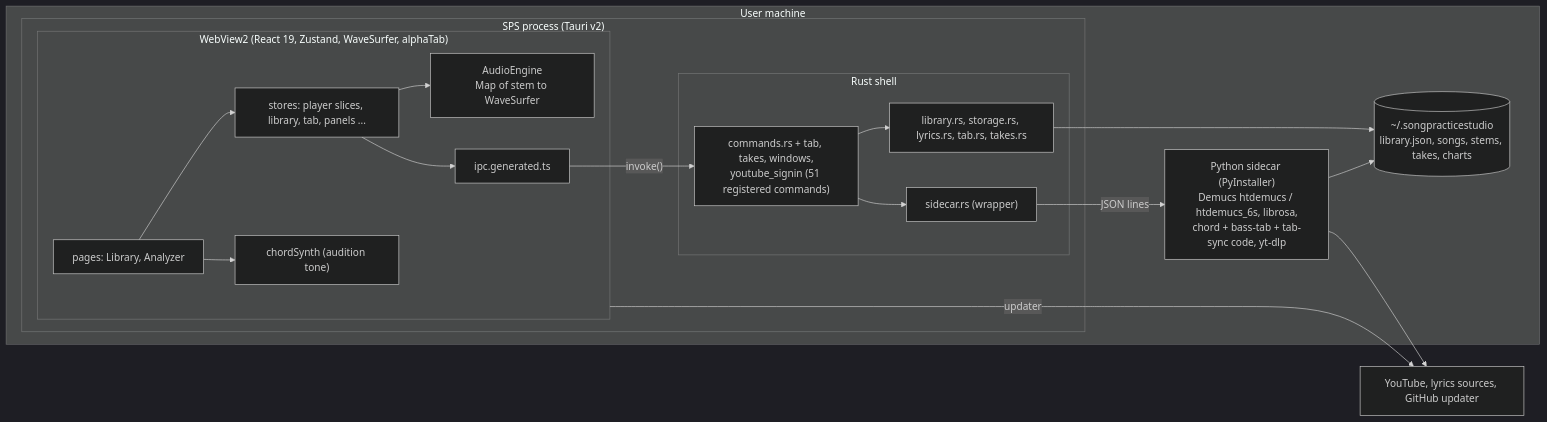
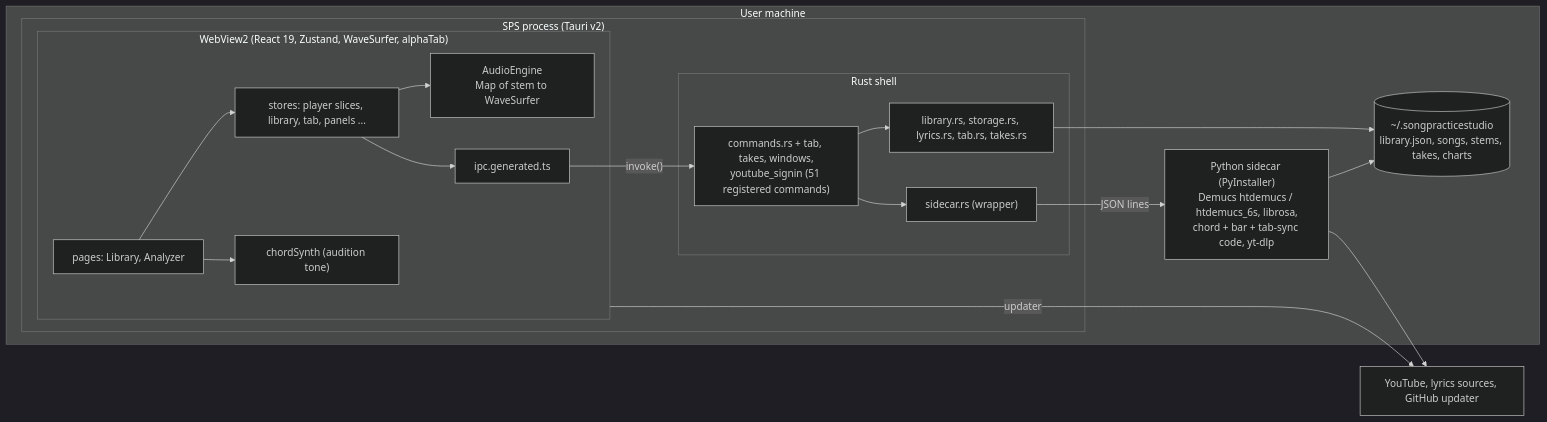
One commit to giamat90/SongPracticeStudio changed the first of 16 diagrams in wiki/uml.md. Above: the diagram before and after it, drawn with Mermaid (dark theme). The commit also changed other lines of this file and 26 other files, not shown here.

First line of the commit message:
refactor: remove the bass tab

````diff
--- a/wiki/uml.md
+++ b/wiki/uml.md
@@ -31,33 +31,33 @@
 ```mermaid
 flowchart LR
     subgraph machine["User machine"]
         subgraph tauri["SPS process (Tauri v2)"]
             subgraph web["WebView2 (React 19, Zustand, WaveSurfer, alphaTab)"]
                 PAGES["pages: Library, Analyzer"]
                 STORES["stores: player slices, library, tab, panels ..."]
                 ENGINE["AudioEngine<br/>Map of stem to WaveSurfer"]
                 IPCG["ipc.generated.ts"]
                 SYNTH["chordSynth (audition tone)"]
             end
             subgraph rust["Rust shell"]
                 CMDS["commands.rs + tab, takes, windows,<br/>youtube_signin (51 registered commands)"]
                 LIB["library.rs, storage.rs, lyrics.rs, tab.rs, takes.rs"]
                 SIDE["sidecar.rs (wrapper)"]
             end
         end
-        SC["Python sidecar (PyInstaller)<br/>Demucs htdemucs / htdemucs_6s, librosa,<br/>chord + bass-tab + tab-sync code, yt-dlp"]
+        SC["Python sidecar (PyInstaller)<br/>Demucs htdemucs / htdemucs_6s, librosa,<br/>chord + bar + tab-sync code, yt-dlp"]
         DATA[("~/.songpracticestudio<br/>library.json, songs, stems, takes, charts")]
     end
     NET["YouTube, lyrics sources, GitHub updater"]
 
     PAGES --> STORES --> IPCG
     STORES --> ENGINE
     PAGES --> SYNTH
     IPCG -- "invoke()" --> CMDS
     CMDS --> LIB --> DATA
     CMDS --> SIDE
     SIDE -- "JSON lines" --> SC
     SC --> DATA
     SC --> NET
     web -- "updater" --> NET
 ```
````
